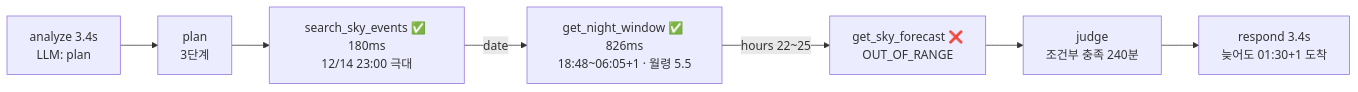
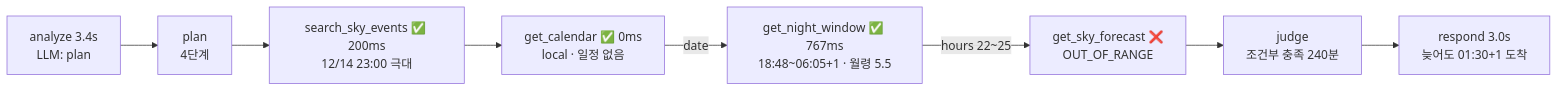
The first of 2 diagrams in docs/RUN_LOG_SAMPLE.md (bnbong/Astrowatch), drawn with Mermaid before and after one commit. The commit also changed other lines of this file and 41 other files, not shown here.

````diff
--- a/docs/RUN_LOG_SAMPLE.md
+++ b/docs/RUN_LOG_SAMPLE.md
@@ -44,9 +47,10 @@
 ```mermaid
 flowchart LR
-  A["analyze 3.4s<br/>LLM: plan"] --> P["plan<br/>3단계"]
-  P --> E1["search_sky_events ✅ 180ms<br/>12/14 23:00 극대"]
-  E1 -->|date| E2["get_night_window ✅ 826ms<br/>18:48~06:05+1 · 월령 5.5"]
+  A["analyze 3.4s<br/>LLM: plan"] --> P["plan<br/>4단계"]
+  P --> E1["search_sky_events ✅ 200ms<br/>12/14 23:00 극대"]
+  E1 --> C["get_calendar ✅ 0ms<br/>local · 일정 없음"]
+  C -->|date| E2["get_night_window ✅ 767ms<br/>18:48~06:05+1 · 월령 5.5"]
   E2 -->|hours 22~25| E3["get_sky_forecast ❌<br/>OUT_OF_RANGE"]
   E3 --> J["judge<br/>조건부 충족 240분"]
-  J --> R["respond 3.4s<br/>늦어도 01:30+1 도착"]
+  J --> R["respond 3.0s<br/>늦어도 01:30+1 도착"]
 ```
````
